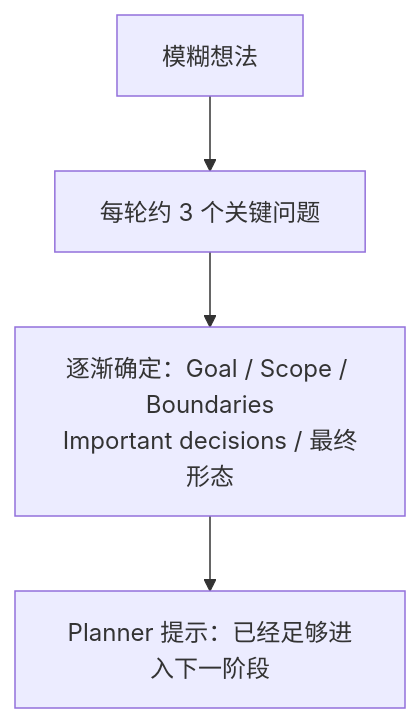
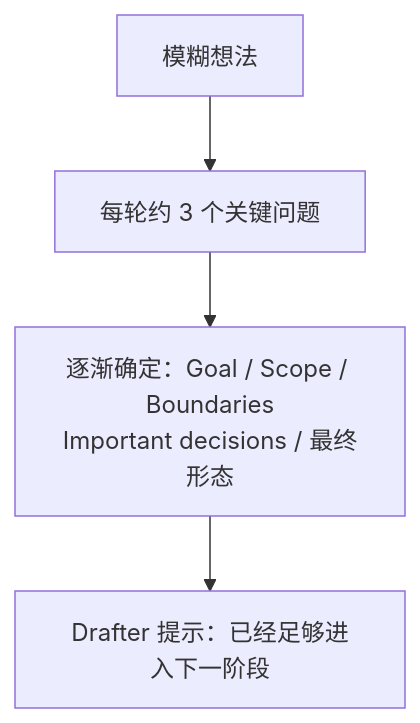
Before and after one commit to MinZhi624/opencode-personal-plugins: the second of 4 diagrams in plugins/opencode-matt-workshop/README.md, drawn with Mermaid. The commit also changed other lines of this file and 13 other files, not shown here.

````diff
--- a/plugins/opencode-matt-workshop/README.md
+++ b/plugins/opencode-matt-workshop/README.md
@@ -28,6 +29,6 @@
 ```mermaid
 flowchart TD
     A[模糊想法] --> B[每轮约 3 个关键问题]
     B --> C["逐渐确定：Goal / Scope / Boundaries<br/>Important decisions / 最终形态"]
-    C --> D["Planner 提示：已经足够进入下一阶段"]
+    C --> D["Drafter 提示：已经足够进入下一阶段"]
 ```
````
